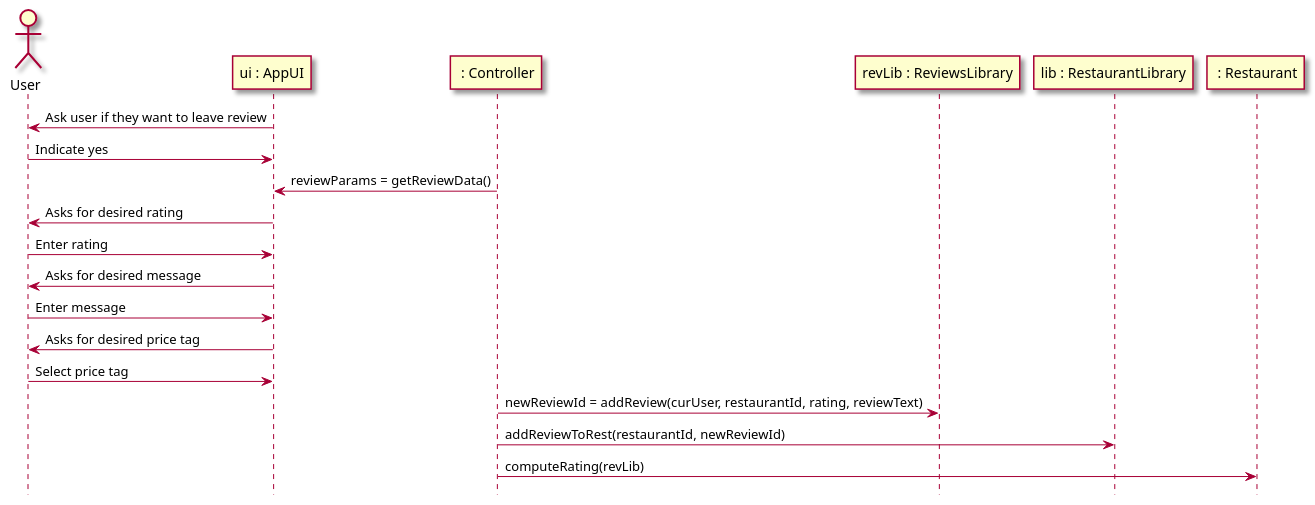
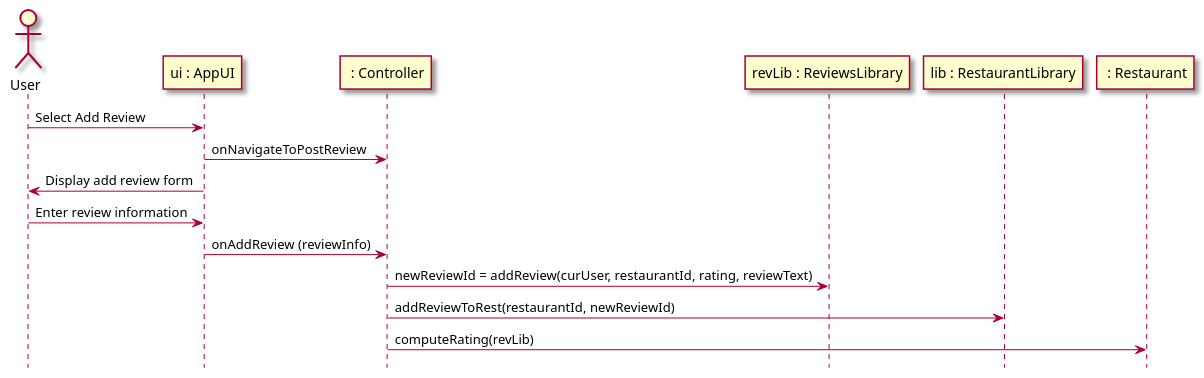
The second of 4 diagrams in intellij/doc/design.md (tanwasp/LunchBox-Android), drawn with PlantUML before and after one commit. The commit also changed other lines of this file and 5 other files, not shown here.

Commit message:
Start restaurant test and sequence diagrams

````diff
--- a/intellij/doc/design.md
+++ b/intellij/doc/design.md
@@ -41,27 +33,23 @@
 ```plantuml
 @startuml
 hide footbox
 skin rose
 
 actor User as user
 participant "ui : AppUI" as ui
 participant " : Controller" as controller
 participant "revLib : ReviewsLibrary" as revLib
 participant "lib : RestaurantLibrary" as lib
 participant " : Restaurant" as restaurant
 
-ui -> user : Ask user if they want to leave review
-user -> ui : Indicate yes
-controller -> ui : reviewParams = getReviewData()
-ui -> user : Asks for desired rating
-user -> ui : Enter rating
-ui -> user : Asks for desired message
-user -> ui : Enter message
-ui -> user : Asks for desired price tag
-user -> ui : Select price tag
+user -> ui : Select Add Review
+ui -> controller : onNavigateToPostReview
+ui -> user : Display add review form
+user -> ui : Enter review information
+ui -> controller :onAddReview (reviewInfo)
 controller -> revLib : newReviewId = addReview(curUser, restaurantId, rating, reviewText)
 controller -> lib : addReviewToRest(restaurantId, newReviewId)
 controller -> restaurant: computeRating(revLib)
 
 @enduml
 ```
````
